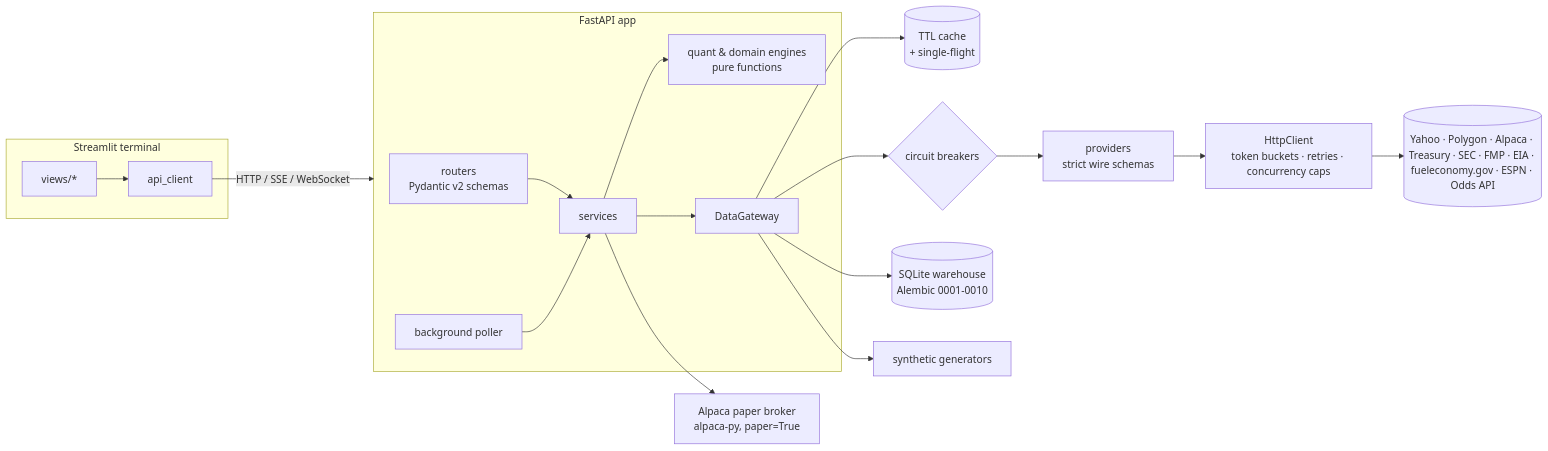
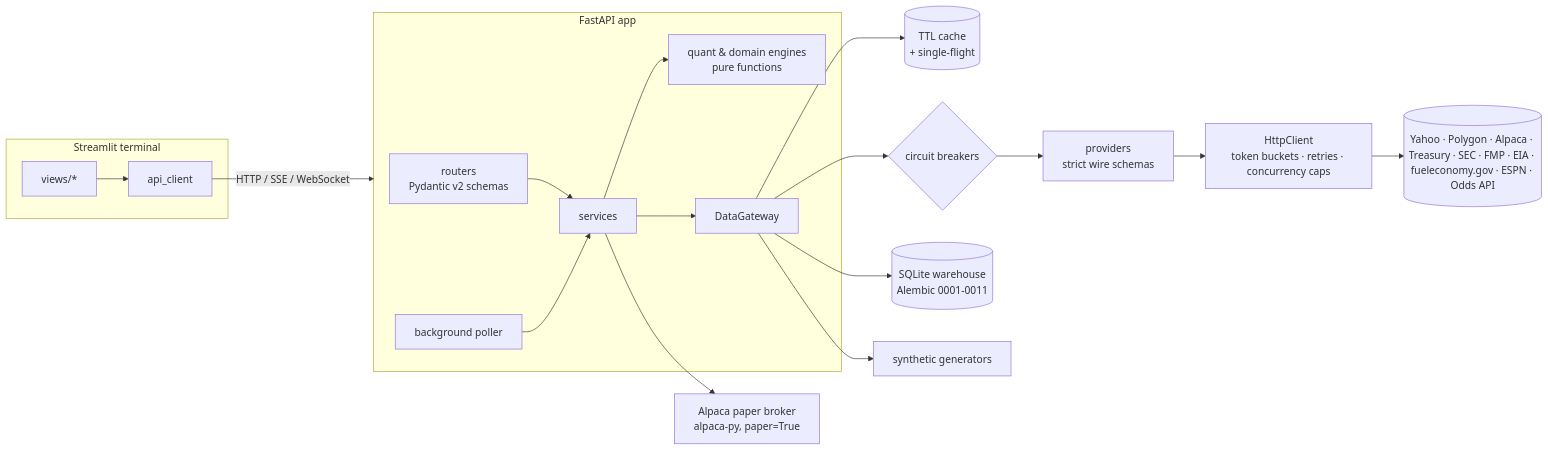
The diagram in README.md (kasmdkasdsad/Finance), drawn with Mermaid before and after one commit. The commit also changed other lines of this file and 1 other file, not shown here.

````diff
--- a/README.md
+++ b/README.md
@@ -144,21 +145,21 @@
 ```mermaid
 flowchart LR
     subgraph UI[Streamlit terminal]
         V[views/*] --> C[api_client]
     end
     C -- HTTP / SSE / WebSocket --> API
     subgraph API[FastAPI app]
         R[routers<br/>Pydantic v2 schemas] --> S[services]
         S --> Q[quant & domain engines<br/>pure functions]
         S --> G[DataGateway]
         P[background poller] --> S
     end
     G --> CACHE[(TTL cache<br/>+ single-flight)]
     G --> CB{circuit breakers}
     CB --> PR[providers<br/>strict wire schemas]
     PR --> HTTP[HttpClient<br/>token buckets · retries · concurrency caps]
     HTTP --> EXT[(Yahoo · Polygon · Alpaca · Treasury · SEC · FMP · EIA · fueleconomy.gov · ESPN · Odds API)]
-    G --> WH[(SQLite warehouse<br/>Alembic 0001-0010)]
+    G --> WH[(SQLite warehouse<br/>Alembic 0001-0011)]
     S --> BRK[Alpaca paper broker<br/>alpaca-py, paper=True]
     G --> SYN[synthetic generators]
 ```
````
